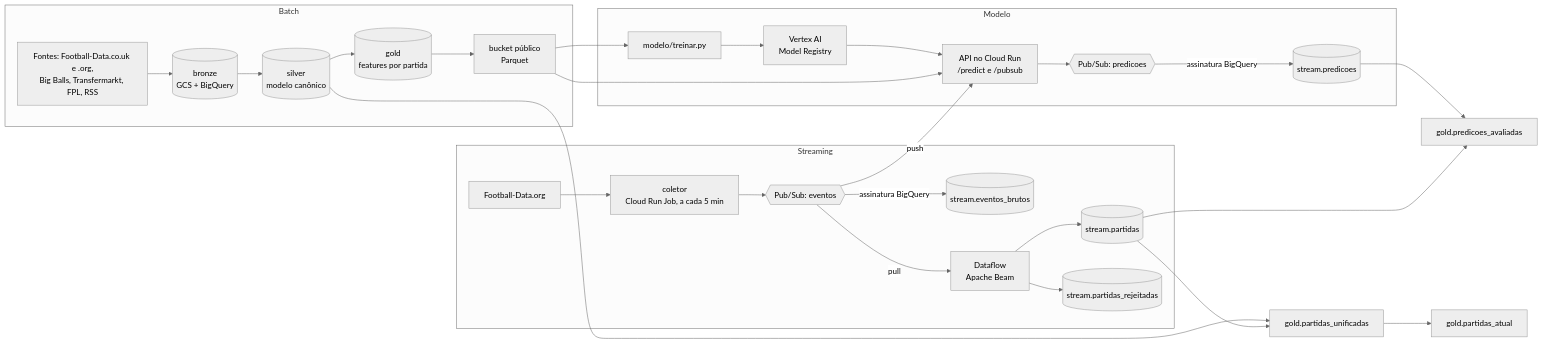
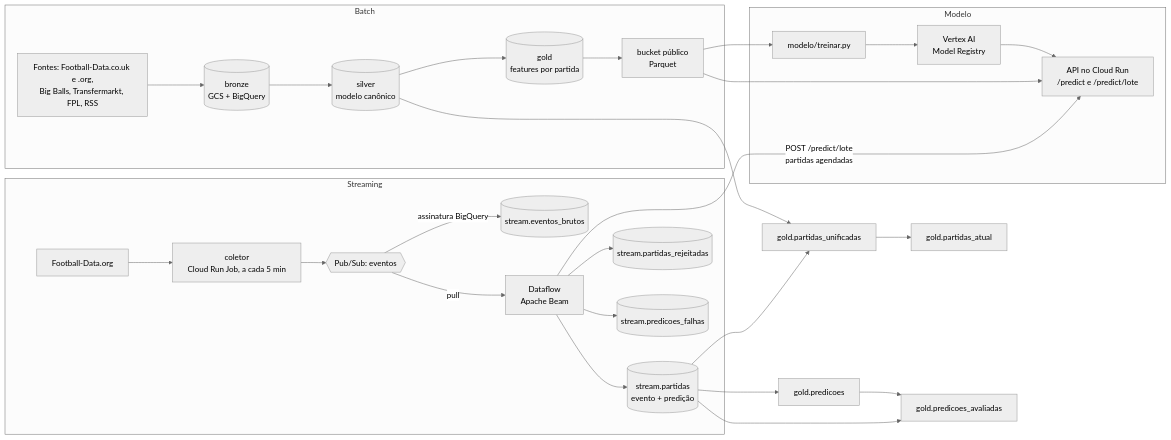
The diagram in README.md (phael-exe/foota-toota), drawn with Mermaid (neutral theme) before and after one commit. The commit also changed other lines of this file and 2 other files, not shown here.

Commit message:
docs: Dataflow chama a API; gold.predicoes e falhas

````diff
--- a/README.md
+++ b/README.md
@@ -27,31 +27,31 @@
 ```mermaid
 flowchart LR
     subgraph batch ["Batch"]
         FON["Fontes: Football-Data.co.uk e .org,<br>Big Balls, Transfermarkt, FPL, RSS"] --> BRZ[("bronze<br>GCS + BigQuery")]
         BRZ --> SIL[("silver<br>modelo canônico")]
         SIL --> GLD[("gold<br>features por partida")]
         GLD --> PUB["bucket público<br>Parquet"]
     end
     subgraph stream ["Streaming"]
         FDO["Football-Data.org"] --> COL["coletor<br>Cloud Run Job, a cada 5 min"]
         COL --> EVT{{"Pub/Sub: eventos"}}
         EVT -->|"assinatura BigQuery"| EBR[("stream.eventos_brutos")]
         EVT -->|"pull"| DFL["Dataflow<br>Apache Beam"]
-        DFL --> SPA[("stream.partidas")]
+        DFL --> SPA[("stream.partidas<br>evento + predição")]
         DFL --> SRJ[("stream.partidas_rejeitadas")]
+        DFL --> SFA[("stream.predicoes_falhas")]
     end
     subgraph ml ["Modelo"]
         TRN["modelo/treinar.py"] --> REG["Vertex AI<br>Model Registry"]
-        REG --> API["API no Cloud Run<br>/predict e /pubsub"]
-        API --> PRD{{"Pub/Sub: predicoes"}}
-        PRD -->|"assinatura BigQuery"| SPR[("stream.predicoes")]
+        REG --> API["API no Cloud Run<br>/predict e /predict/lote"]
     end
     PUB --> TRN
     PUB --> API
-    EVT -->|"push"| API
+    DFL -->|"POST /predict/lote<br>partidas agendadas"| API
     SIL --> UNI["gold.partidas_unificadas"]
     SPA --> UNI
     UNI --> ATU["gold.partidas_atual"]
-    SPR --> AVA["gold.predicoes_avaliadas"]
+    SPA --> PRE["gold.predicoes"]
+    PRE --> AVA["gold.predicoes_avaliadas"]
     SPA --> AVA
 ```
````
